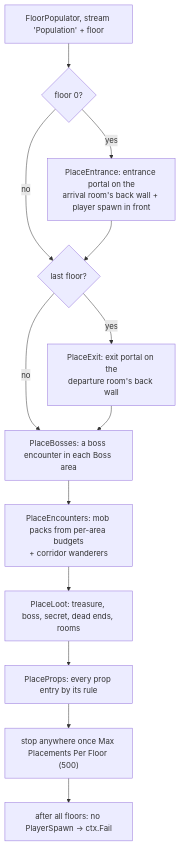
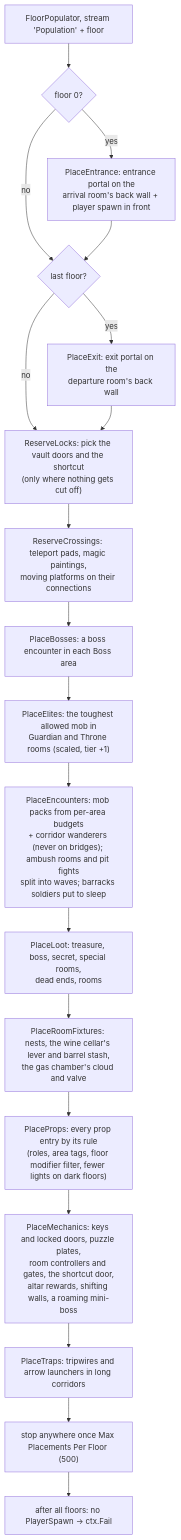
One commit to Kaynan-Jamelaumn/SimpleMovementsUnityPackage changed the first of 6 diagrams in Documentation/Dungeon/08-Population.md. Above: the diagram before and after it, drawn with Mermaid. The commit also changed other lines of this file and 161 other files, not shown here.

````diff
--- a/Documentation/Dungeon/08-Population.md
+++ b/Documentation/Dungeon/08-Population.md
@@ -29,15 +29,21 @@
 ```mermaid
 flowchart TD
     A["FloorPopulator, stream 'Population' + floor"] --> B{"floor 0?"}
     B -- yes --> C["PlaceEntrance: entrance portal on the<br/>arrival room's back wall + player spawn in front"]
     B -- no --> D
     C --> D{"last floor?"}
     D -- yes --> E["PlaceExit: exit portal on the<br/>departure room's back wall"]
-    D -- no --> F
-    E --> F["PlaceBosses: a boss encounter in each Boss area"]
-    F --> G["PlaceEncounters: mob packs from per-area budgets<br/>+ corridor wanderers"]
-    G --> H["PlaceLoot: treasure, boss, secret, dead ends, rooms"]
-    H --> I["PlaceProps: every prop entry by its rule"]
-    I --> J["stop anywhere once Max Placements Per Floor (500)"]
+    D -- no --> R
+    E --> R["ReserveLocks: pick the vault doors and the shortcut<br/>(only where nothing gets cut off)"]
+    R --> RC["ReserveCrossings: teleport pads, magic paintings,<br/>moving platforms on their connections"]
+    RC --> F["PlaceBosses: a boss encounter in each Boss area"]
+    F --> EL["PlaceElites: the toughest allowed mob in<br/>Guardian and Throne rooms (scaled, tier +1)"]
+    EL --> G["PlaceEncounters: mob packs from per-area budgets<br/>+ corridor wanderers (never on bridges); ambush rooms and pit fights<br/>split into waves; barracks soldiers put to sleep"]
+    G --> H["PlaceLoot: treasure, boss, secret, special rooms,<br/>dead ends, rooms"]
+    H --> RF["PlaceRoomFixtures: nests, the wine cellar's lever and barrel stash,<br/>the gas chamber's cloud and valve"]
+    RF --> I["PlaceProps: every prop entry by its rule<br/>(roles, area tags, floor modifier filter, fewer lights on dark floors)"]
+    I --> MC["PlaceMechanics: keys and locked doors, puzzle plates,<br/>room controllers and gates, the shortcut door,<br/>altar rewards, shifting walls, a roaming mini-boss"]
+    MC --> TR["PlaceTraps: tripwires and arrow launchers in long corridors"]
+    TR --> J["stop anywhere once Max Placements Per Floor (500)"]
     J --> K["after all floors: no PlayerSpawn → ctx.Fail"]
 ```
````
